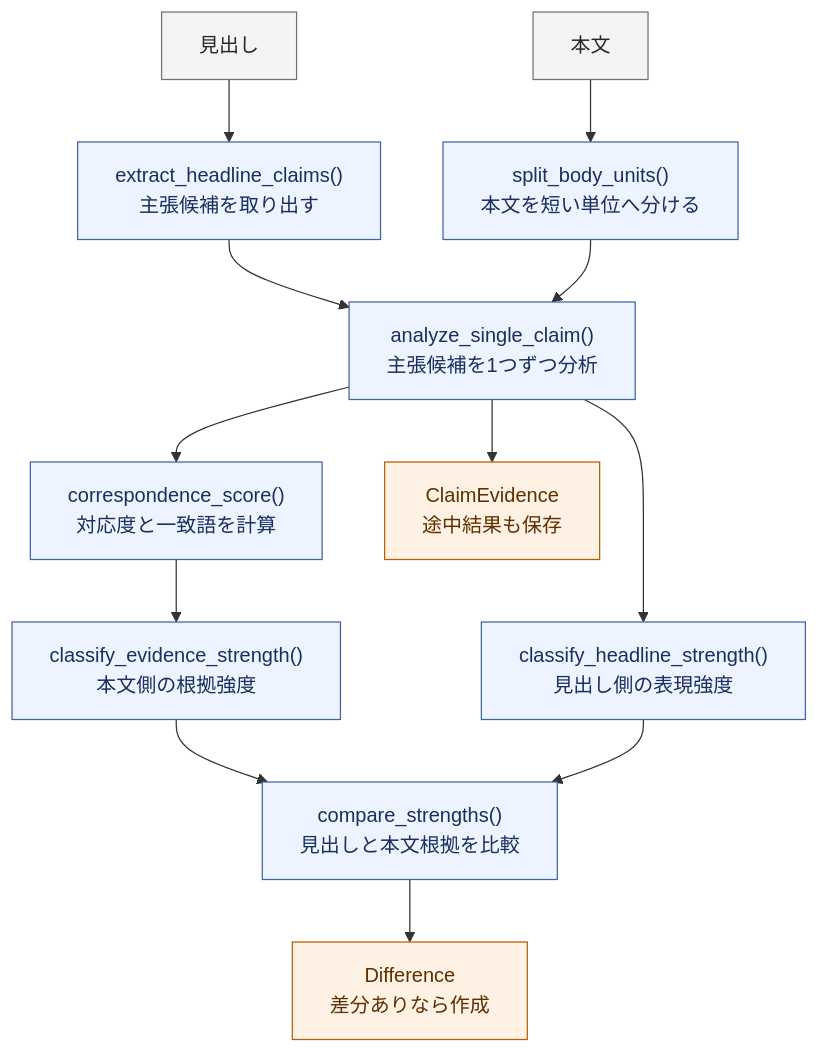
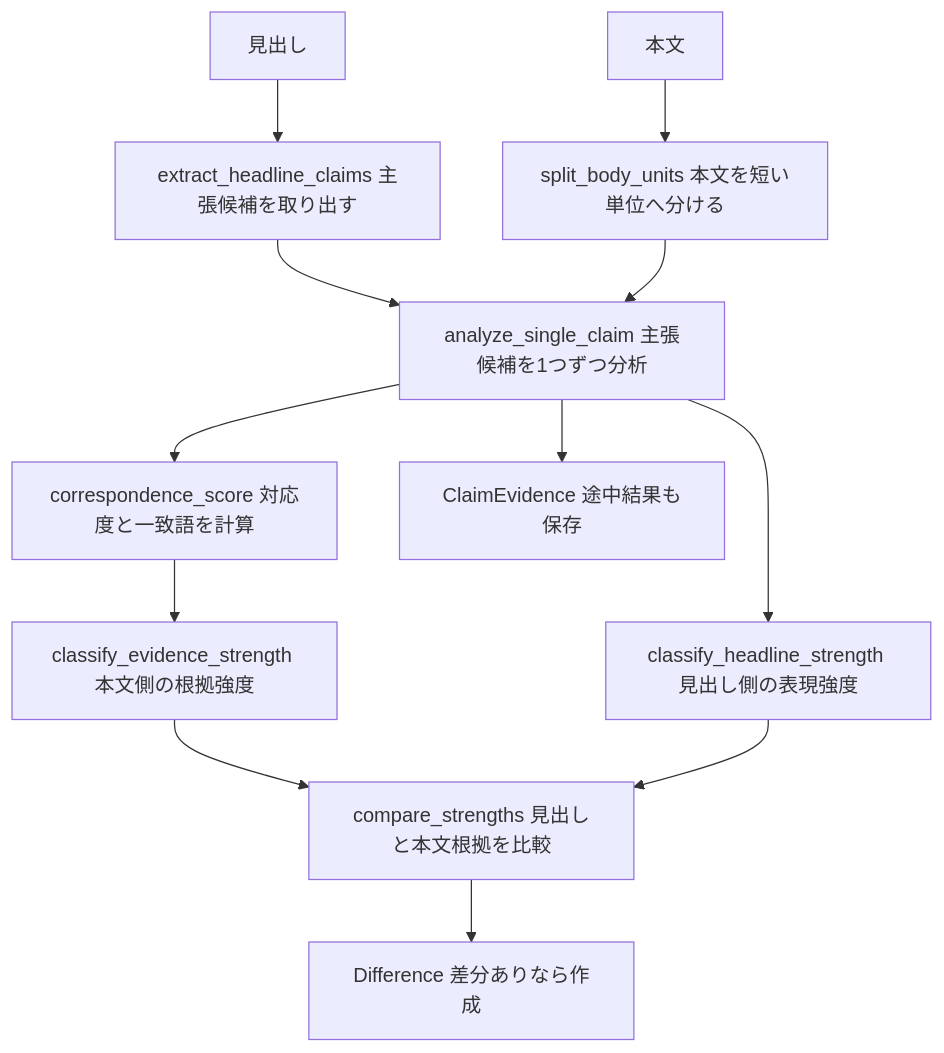
The third of 4 diagrams in src/content/articles/backend/backend-processing-beginner-code-guide.md (j23033it/my-tech), drawn with Mermaid before and after one commit. The commit also changed other lines of this file, not shown here.

Commit message:
Mermaid図の構文エラーを修正

```diff
--- a/src/content/articles/backend/backend-processing-beginner-code-guide.md
+++ b/src/content/articles/backend/backend-processing-beginner-code-guide.md
@@ -677,21 +668,20 @@
 <pre class="mermaid">
 flowchart TD
-  H["見出し"] --> HC["extract_headline_claims()\n主張候補を取り出す"]
-  B["本文"] --> BU["split_body_units()\n本文を短い単位へ分ける"]
-  HC --> AS["analyze_single_claim()\n主張候補を1つずつ分析"]
-  BU --> AS
-  AS --> CS["correspondence_score()\n対応度と一致語を計算"]
-  CS --> ES["classify_evidence_strength()\n本文側の根拠強度"]
-  AS --> HS["classify_headline_strength()\n見出し側の表現強度"]
-  ES --> CMP["compare_strengths()\n見出しと本文根拠を比較"]
-  HS --> CMP
-  CMP --> D["Difference\n差分ありなら作成"]
-  AS --> CE["ClaimEvidence\n途中結果も保存"]
-
-  classDef text fill:#f4f4f5,stroke:#71717a,color:#27272a;
-  classDef logic fill:#eef4ff,stroke:#3f64a8,color:#182f5f;
-  classDef output fill:#fff2e5,stroke:#b45f06,color:#5f2f00;
-  class H,B text;
-  class HC,BU,AS,CS,ES,HS,CMP logic;
-  class D,CE output;
+  rule1["見出し"]
+  rule2["本文"]
+  rule3["extract_headline_claims 主張候補を取り出す"]
+  rule4["split_body_units 本文を短い単位へ分ける"]
+  rule5["analyze_single_claim 主張候補を1つずつ分析"]
+  rule6["correspondence_score 対応度と一致語を計算"]
+  rule7["classify_evidence_strength 本文側の根拠強度"]
+  rule8["classify_headline_strength 見出し側の表現強度"]
+  rule9["compare_strengths 見出しと本文根拠を比較"]
+  rule10["Difference 差分ありなら作成"]
+  rule11["ClaimEvidence 途中結果も保存"]
+  rule1 --> rule3 --> rule5
+  rule2 --> rule4 --> rule5
+  rule5 --> rule6 --> rule7 --> rule9
+  rule5 --> rule8 --> rule9
+  rule9 --> rule10
+  rule5 --> rule11
 </pre>
```
